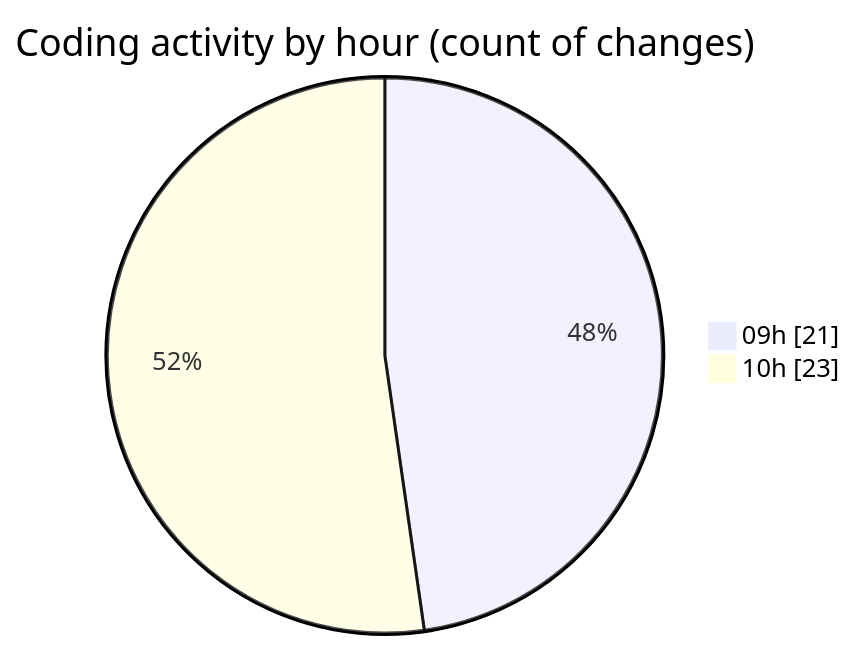
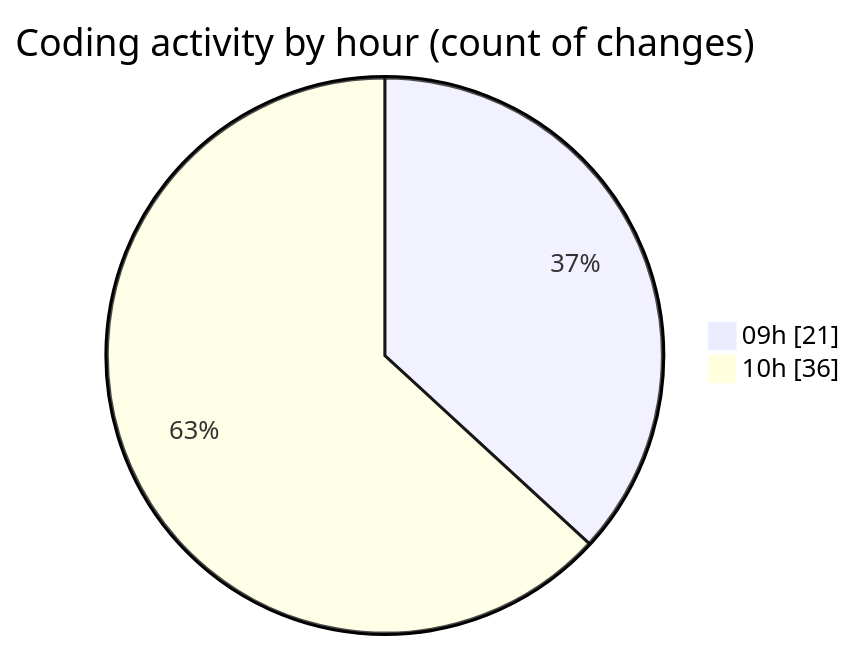
One commit to momahboobian/code-tracking changed the second of 2 diagrams in 2025-09-09/cda/README.md. Above: the diagram before and after it, drawn with Mermaid. The commit also changed other lines of this file and 1 other file, not shown here.

````diff
--- a/2025-09-09/cda/README.md
+++ b/2025-09-09/cda/README.md
@@ -45,6 +58,6 @@
 ```mermaid
 pie showData
 title Coding activity by hour (count of changes)
 "09h" : 21
-"10h" : 23
+"10h" : 36
 ```
````
